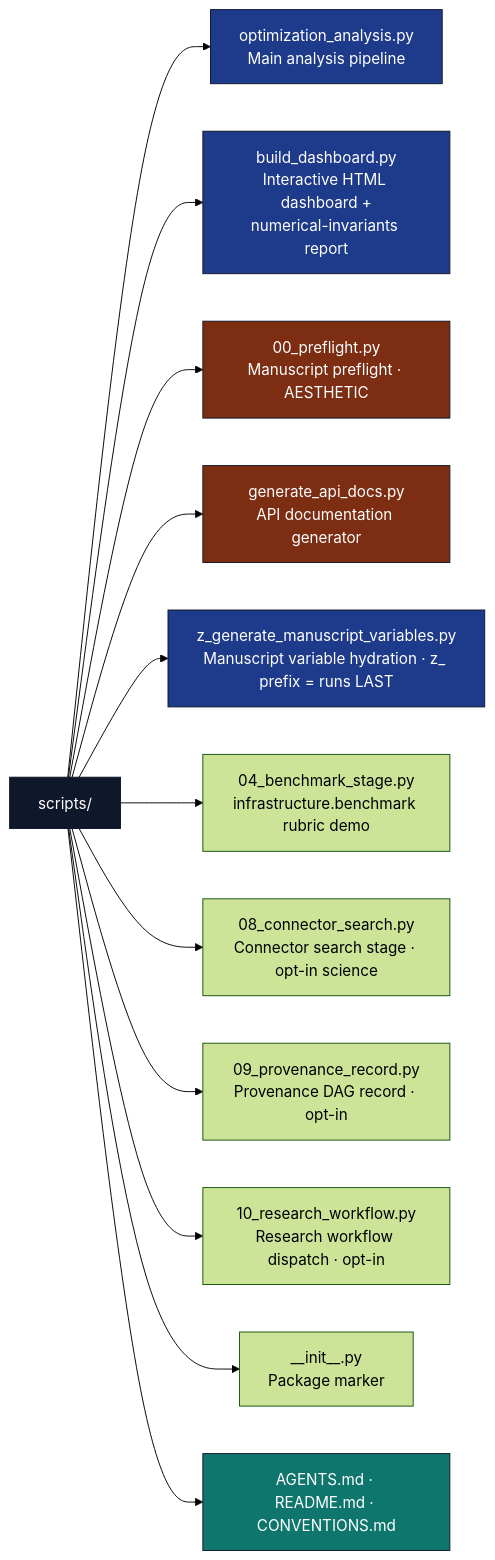
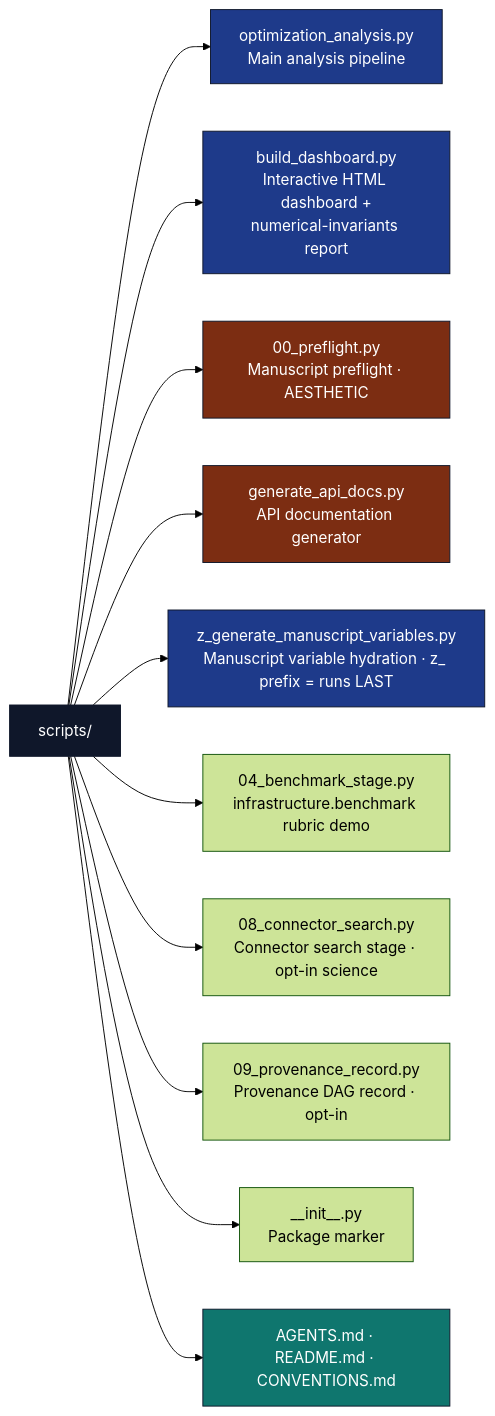
Before and after one commit to docxology/template_code_project: the diagram in scripts/AGENTS.md, drawn with Mermaid (forest theme). The commit also changed other lines of this file and 1834 other files, not shown here.

````diff
--- a/scripts/AGENTS.md
+++ b/scripts/AGENTS.md
@@ -18,24 +22,23 @@
 ```mermaid
 flowchart LR
     SC[scripts/]
     SC --> OA[optimization_analysis.py<br/>Main analysis pipeline]
     SC --> BD[build_dashboard.py<br/>Interactive HTML dashboard +<br/>numerical-invariants report]
     SC --> PF[00_preflight.py<br/>Manuscript preflight · AESTHETIC]
     SC --> GD[generate_api_docs.py<br/>API documentation generator]
     SC --> ZGEN[z_generate_manuscript_variables.py<br/>Manuscript variable hydration · z_ prefix = runs LAST]
     SC --> BMS[04_benchmark_stage.py<br/>infrastructure.benchmark rubric demo]
     SC --> CSR[08_connector_search.py<br/>Connector search stage · opt-in science]
     SC --> PRR[09_provenance_record.py<br/>Provenance DAG record · opt-in]
-    SC --> RWF[10_research_workflow.py<br/>Research workflow dispatch · opt-in]
     SC --> INIT[__init__.py<br/>Package marker]
     SC --> DOCS[AGENTS.md · README.md · CONVENTIONS.md]
 
     classDef d fill:#0f172a,stroke:#0f172a,color:#fff
     classDef code fill:#1e3a8a,stroke:#0f172a,color:#fff
     classDef doc fill:#0f766e,stroke:#0f172a,color:#fff
     classDef aux fill:#7c2d12,stroke:#0f172a,color:#fff
     class SC d
     class OA,BD,ZGEN code
     class PF,GD aux
     class DOCS doc
 ```
````
